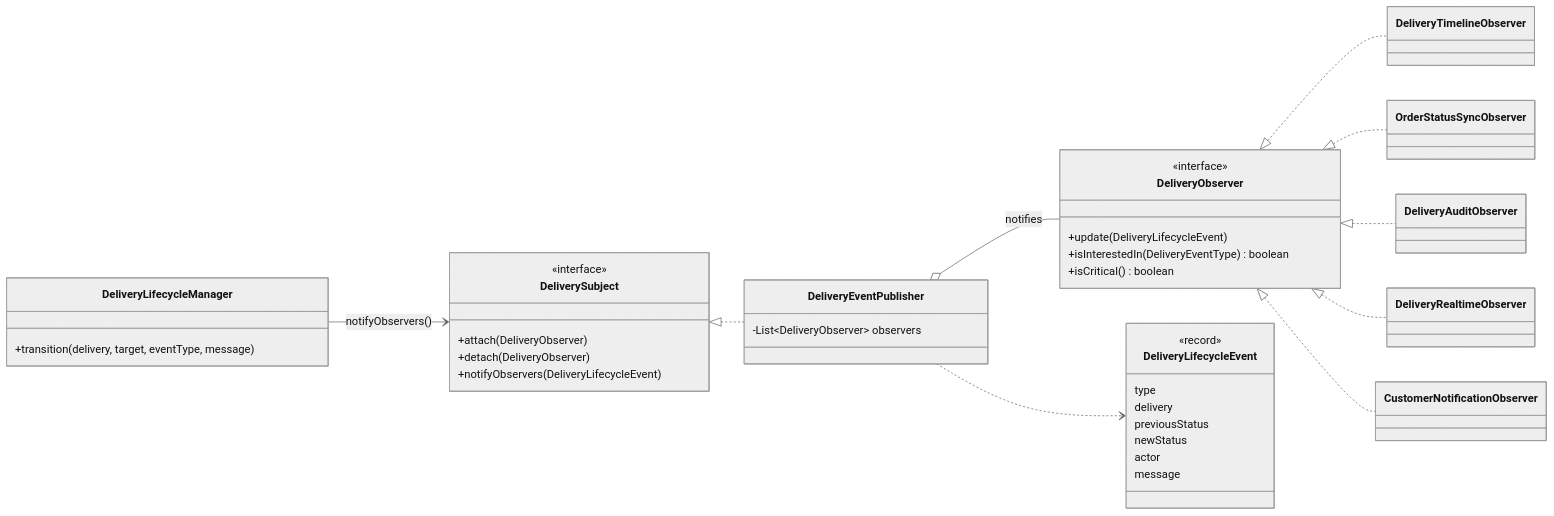
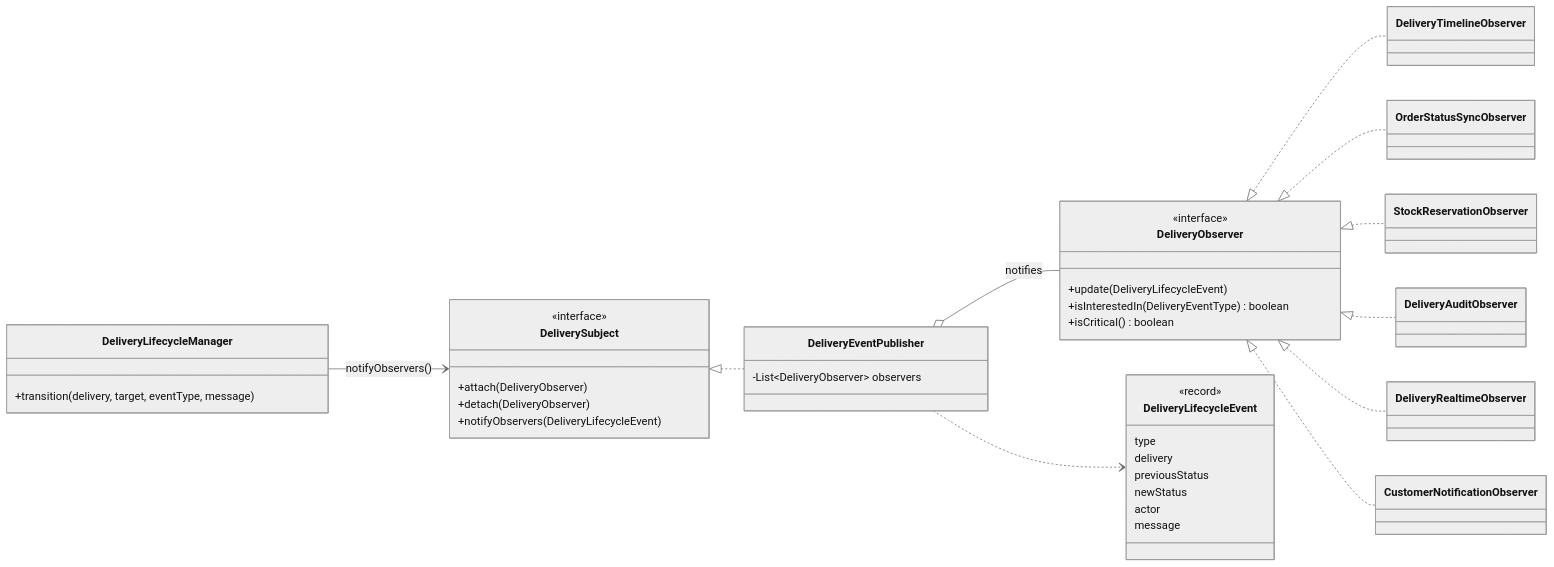
Before and after one commit to IT25100979/Medicine_Ordering_System: the second of 2 diagrams in docs/DELIVERY_MANAGEMENT.md, drawn with Mermaid (neutral theme). The commit also changed other lines of this file and 9 other files, not shown here.

First line of the commit message:
feat(stock): reserve stock at checkout, deduct on delivery, release on cancel

````diff
--- a/docs/DELIVERY_MANAGEMENT.md
+++ b/docs/DELIVERY_MANAGEMENT.md
@@ -43,40 +43,41 @@
 ```mermaid
 classDiagram
     direction LR
     class DeliverySubject {
         <<interface>>
         +attach(DeliveryObserver)
         +detach(DeliveryObserver)
         +notifyObservers(DeliveryLifecycleEvent)
     }
     class DeliveryObserver {
         <<interface>>
         +update(DeliveryLifecycleEvent)
         +isInterestedIn(DeliveryEventType) boolean
         +isCritical() boolean
     }
     class DeliveryEventPublisher {
         -List~DeliveryObserver~ observers
     }
     class DeliveryLifecycleEvent {
         <<record>>
         type
         delivery
         previousStatus
         newStatus
         actor
         message
     }
     class DeliveryLifecycleManager {
         +transition(delivery, target, eventType, message)
     }
     DeliverySubject <|.. DeliveryEventPublisher
     DeliveryObserver <|.. DeliveryTimelineObserver
     DeliveryObserver <|.. OrderStatusSyncObserver
+    DeliveryObserver <|.. StockReservationObserver
     DeliveryObserver <|.. DeliveryAuditObserver
     DeliveryObserver <|.. DeliveryRealtimeObserver
     DeliveryObserver <|.. CustomerNotificationObserver
     DeliveryEventPublisher o-- DeliveryObserver : notifies
     DeliveryLifecycleManager --> DeliverySubject : notifyObservers()
     DeliveryEventPublisher ..> DeliveryLifecycleEvent
 ```
````
